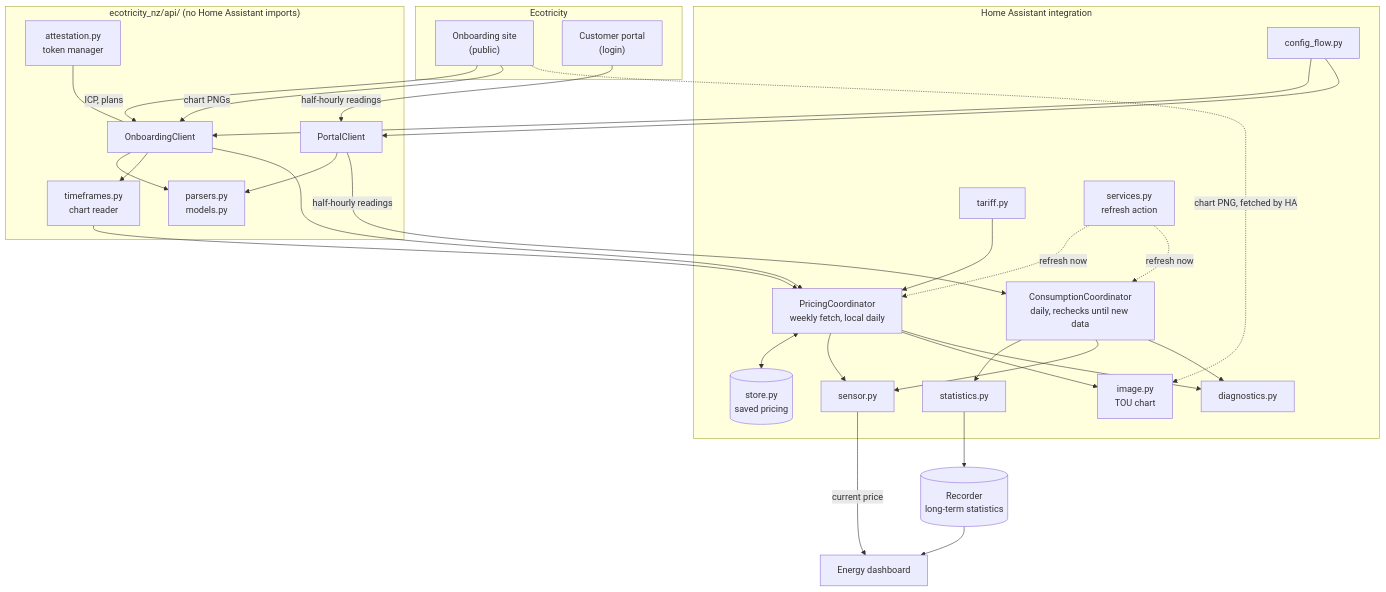
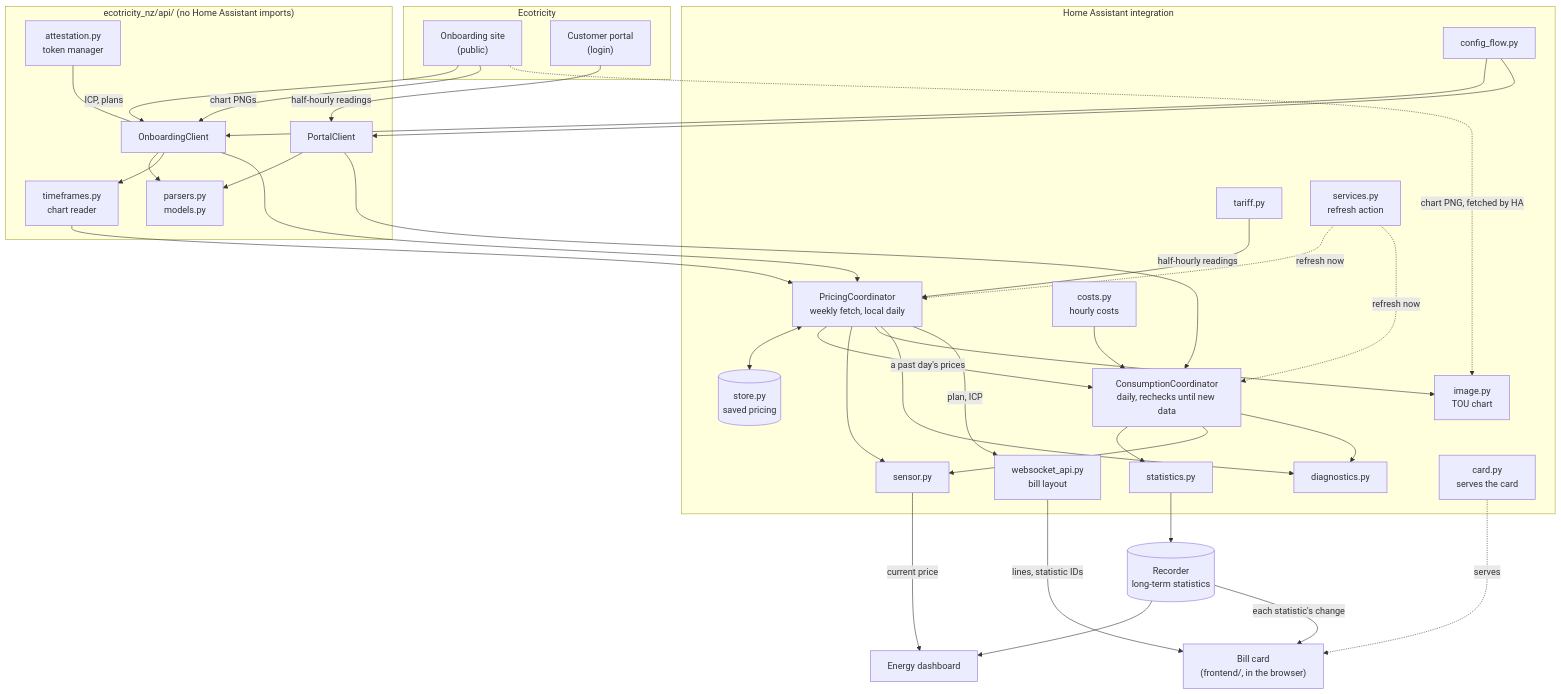
Before and after one commit to rhyskoedijk/ha-ecotricity-nz: the first of 5 diagrams in docs/architecture.md, drawn with Mermaid. The commit also changed other lines of this file and 44 other files, not shown here.

First line of the commit message:
feat: add cost statistics and a bill card

````diff
--- a/docs/architecture.md
+++ b/docs/architecture.md
@@ -7,58 +7,69 @@
 ```mermaid
 flowchart TB
 
     subgraph Ecotricity
         OB["Onboarding site<br/>(public)"]
         PT["Customer portal<br/>(login)"]
     end
 
     subgraph api["ecotricity_nz/api/ (no Home Assistant imports)"]
         AT["attestation.py<br/>token manager"]
         OC["OnboardingClient"]
         PC["PortalClient"]
         TF["timeframes.py<br/>chart reader"]
         PA["parsers.py<br/>models.py"]
     end
 
     subgraph ha["Home Assistant integration"]
         CF["config_flow.py"]
         PCO["PricingCoordinator<br/>weekly fetch, local daily"]
         PS[("store.py<br/>saved pricing")]
         CCO["ConsumptionCoordinator<br/>daily, rechecks until new data"]
         TA["tariff.py"]
+        CO["costs.py<br/>hourly costs"]
         ST["statistics.py"]
         SE["sensor.py"]
         IM["image.py<br/>TOU chart"]
         DG["diagnostics.py"]
         SV["services.py<br/>refresh action"]
+        WS["websocket_api.py<br/>bill layout"]
+        CA["card.py<br/>serves the card"]
     end
+
+    CARD["Bill card<br/>(frontend/, in the browser)"]
 
     REC[("Recorder<br/>long-term statistics")]
     EN["Energy dashboard"]
 
     OB -- "ICP, plans" --> OC
     OB -- "chart PNGs" --> OC
     AT --- OC
     PT -- "half-hourly readings" --> PC
     OC --> PA
     PC --> PA
     OC --> TF
 
     CF --> OC
     CF --> PC
     OC --> PCO
     PCO <--> PS
     TF --> PCO
     TA --> PCO
     PC -- "half-hourly readings" --> CCO
     CCO --> ST --> REC --> EN
+    PCO -- "a past day's prices" --> CCO
+    CO --> CCO
     PCO --> SE
     PCO --> IM
     OB -. "chart PNG, fetched by HA" .-> IM
     CCO --> SE
     SE -- "current price" --> EN
     PCO --> DG
     CCO --> DG
     SV -. "refresh now" .-> PCO
     SV -. "refresh now" .-> CCO
+    PCO -- "plan, ICP" --> WS
+    WS -- "lines, statistic IDs" --> CARD
+    REC -- "each statistic's change" --> CARD
+    CA -. "serves" .-> CARD
 ```
````
